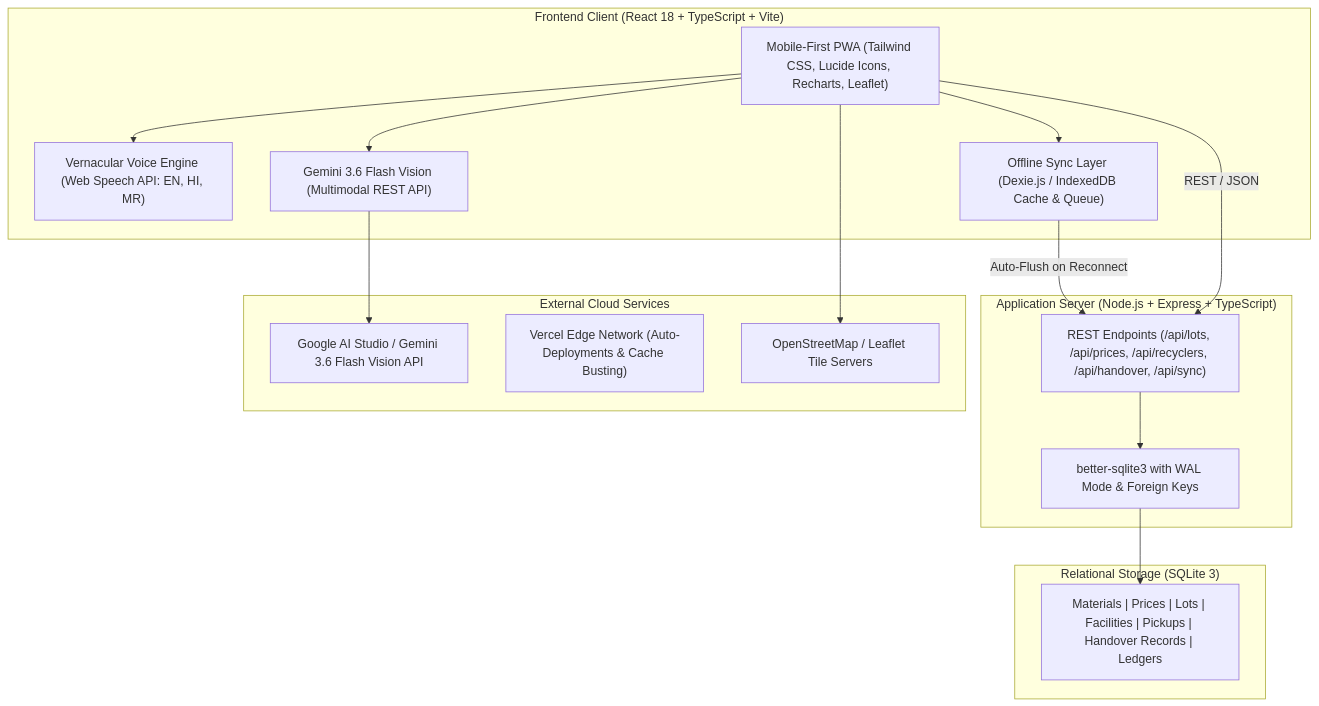
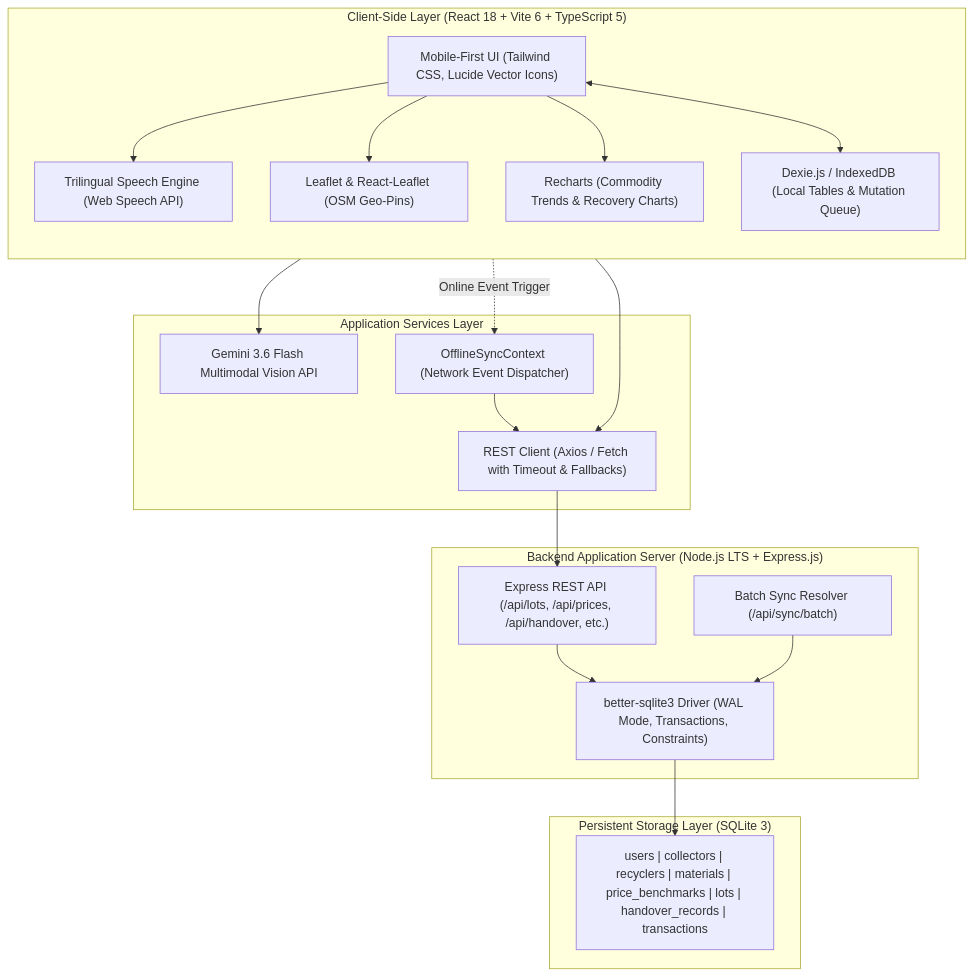
The second of 3 diagrams in DOCUMENTATION.md (Itsmeaadeesh/KABADI-VALA), drawn with Mermaid before and after one commit. The commit also changed other lines of this file and 1 other file, not shown here.

````diff
--- a/DOCUMENTATION.md
+++ b/DOCUMENTATION.md
@@ -46,34 +76,40 @@
 ```mermaid
-graph TD
-    subgraph Client["Frontend Client (React 18 + TypeScript + Vite)"]
-        UI["Mobile-First PWA (Tailwind CSS, Lucide Icons, Recharts, Leaflet)"]
-        Voice["Vernacular Voice Engine (Web Speech API: EN, HI, MR)"]
-        AI_Vision["Gemini 3.6 Flash Vision (Multimodal REST API)"]
-        OfflineSync["Offline Sync Layer (Dexie.js / IndexedDB Cache & Queue)"]
+graph TB
+    subgraph Frontend["Client-Side Layer (React 18 + Vite 6 + TypeScript 5)"]
+        direction TB
+        UI["Mobile-First UI (Tailwind CSS, Lucide Vector Icons)"]
+        VoiceEngine["Trilingual Speech Engine (Web Speech API)"]
+        OfflineStore["Dexie.js / IndexedDB (Local Tables & Mutation Queue)"]
+        Mapping["Leaflet & React-Leaflet (OSM Geo-Pins)"]
+        AnalyticsViz["Recharts (Commodity Trends & Recovery Charts)"]
     end
 
-    subgraph Backend["Application Server (Node.js + Express + TypeScript)"]
-        REST_API["REST Endpoints (/api/lots, /api/prices, /api/recyclers, /api/handover, /api/sync)"]
-        DB_Driver["better-sqlite3 with WAL Mode & Foreign Keys"]
+    subgraph Services["Application Services Layer"]
+        GeminiAPI["Gemini 3.6 Flash Multimodal Vision API"]
+        SyncMgr["OfflineSyncContext (Network Event Dispatcher)"]
+        APIService["REST Client (Axios / Fetch with Timeout & Fallbacks)"]
     end
 
-    subgraph Database["Relational Storage (SQLite 3)"]
-        Tables["Materials | Prices | Lots | Facilities | Pickups | Handover Records | Ledgers"]
+    subgraph Backend["Backend Application Server (Node.js LTS + Express.js)"]
+        Router["Express REST API (/api/lots, /api/prices, /api/handover, etc.)"]
+        SyncEndpoint["Batch Sync Resolver (/api/sync/batch)"]
+        DBDriver["better-sqlite3 Driver (WAL Mode, Transactions, Constraints)"]
     end
 
-    subgraph External["External Cloud Services"]
-        Gemini["Google AI Studio / Gemini 3.6 Flash Vision API"]
-        Vercel["Vercel Edge Network (Auto-Deployments & Cache Busting)"]
-        OSM["OpenStreetMap / Leaflet Tile Servers"]
+    subgraph Database["Persistent Storage Layer (SQLite 3)"]
+        Tables["users | collectors | recyclers | materials | price_benchmarks | lots | handover_records | transactions"]
     end
 
-    UI --> Voice
-    UI --> AI_Vision
-    UI --> OfflineSync
-    AI_Vision --> Gemini
-    UI --> OSM
-    OfflineSync -->|Auto-Flush on Reconnect| REST_API
-    UI -->|REST / JSON| REST_API
-    REST_API --> DB_Driver
-    DB_Driver --> Tables
+    UI --> VoiceEngine
+    UI --> Mapping
+    UI --> AnalyticsViz
+    UI <--> OfflineStore
+    UI --> GeminiAPI
+    OfflineStore -.->|Online Event Trigger| SyncMgr
+    SyncMgr --> APIService
+    UI --> APIService
+    APIService --> Router
+    Router --> DBDriver
+    SyncEndpoint --> DBDriver
+    DBDriver --> Tables
 ```
````
